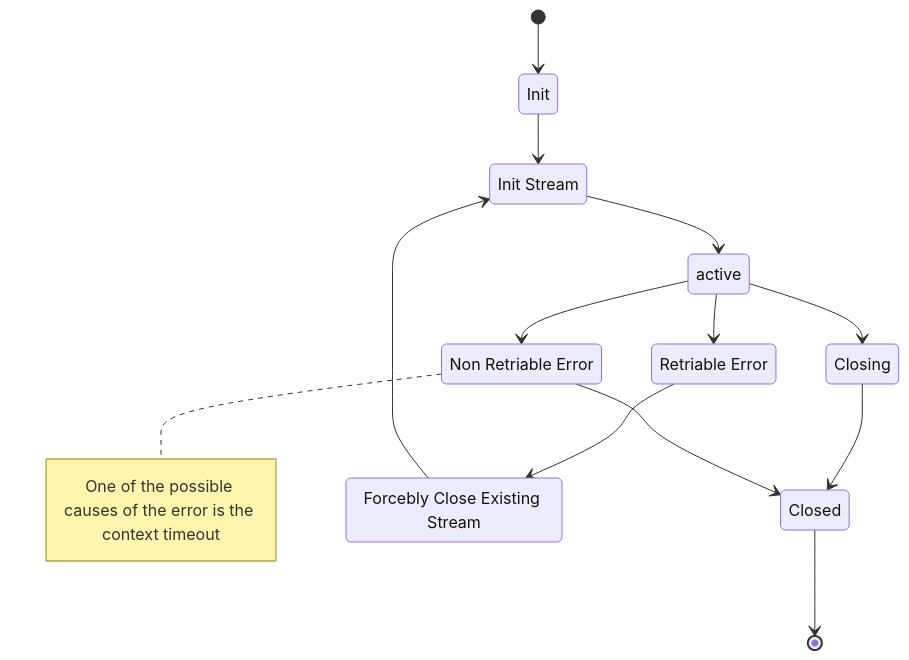
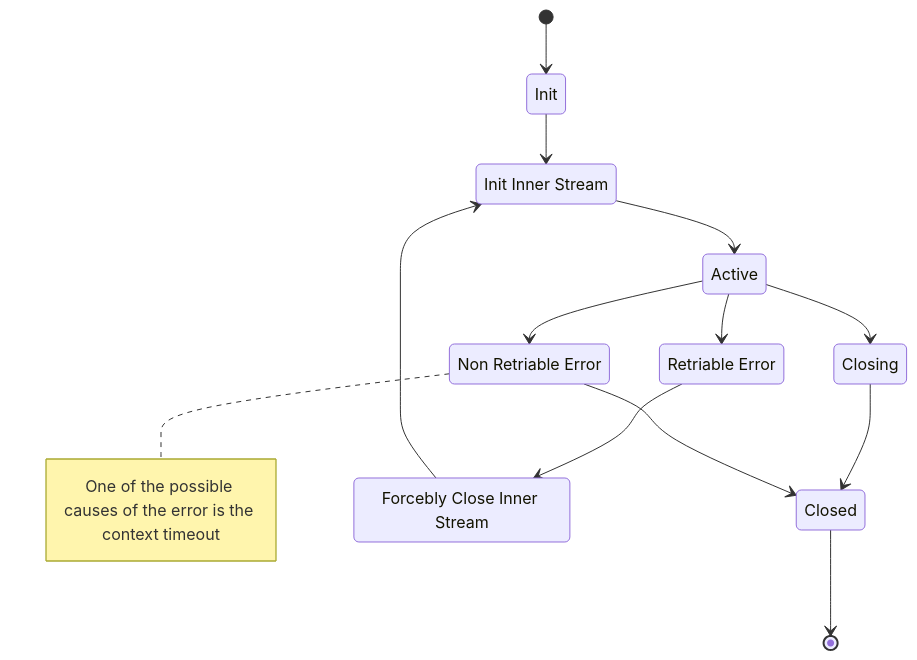
Before and after one commit to ydb-platform/ydb-nodejs-sdk: the second of 2 diagrams in src/topic/README.md, drawn with Mermaid. The commit also changed other lines of this file, not shown here.

Commit message:
chore: fix state diagram

````diff
--- a/src/topic/README.md
+++ b/src/topic/README.md
@@ -35,25 +36,26 @@
 ```mermaid
 stateDiagram
 direction TB
 
 state "Init" as init
-state "Init Stream" as initStream
+state "Init Inner Stream" as initInnerStream
+state "Active" as active
 state "Retriable Error" as retriableError
 state "Non Retriable Error" as nonRetriableError
 state "Closing" as closing
 state "Closed" as closed
-state "Forcebly Close Existing Stream" as forceblyCloseExistingStream
+state "Forcebly Close Inner Stream" as forceblyCloseInnerStream
 
 [*] --> init
-init --> initStream
-initStream --> active
+init --> initInnerStream
+initInnerStream --> active
 active --> retriableError
 active --> nonRetriableError
 active --> closing
 closing --> closed
-retriableError --> forceblyCloseExistingStream
-forceblyCloseExistingStream --> initStream
+retriableError --> forceblyCloseInnerStream
+forceblyCloseInnerStream --> initInnerStream
 nonRetriableError --> closed
 closed --> [*]
 note right of nonRetriableError : <font color="#333333">One of the possible causes of the error is the context timeout</font><br>
 ```
````
